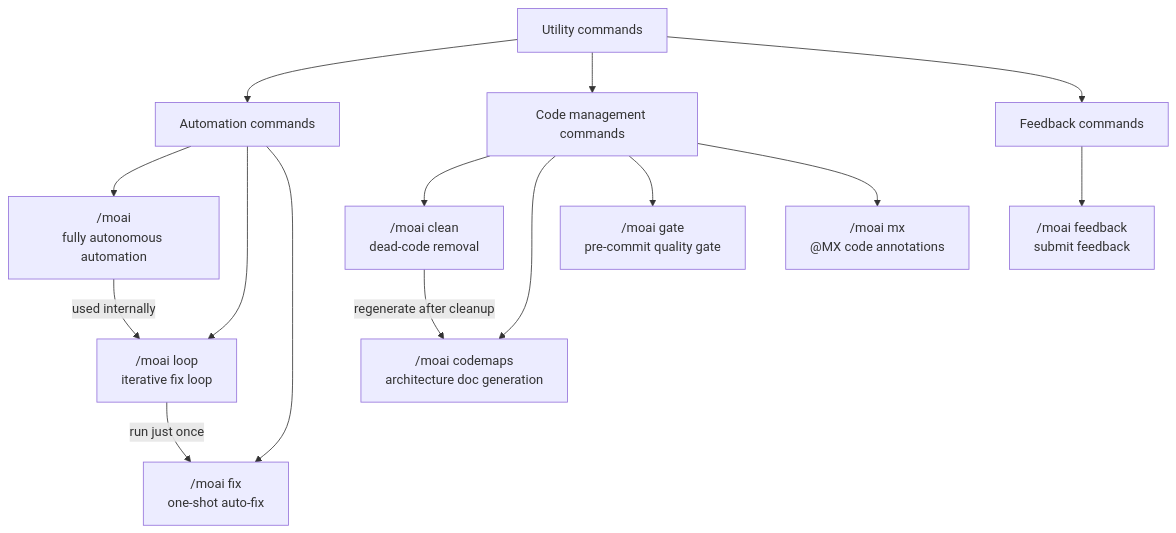
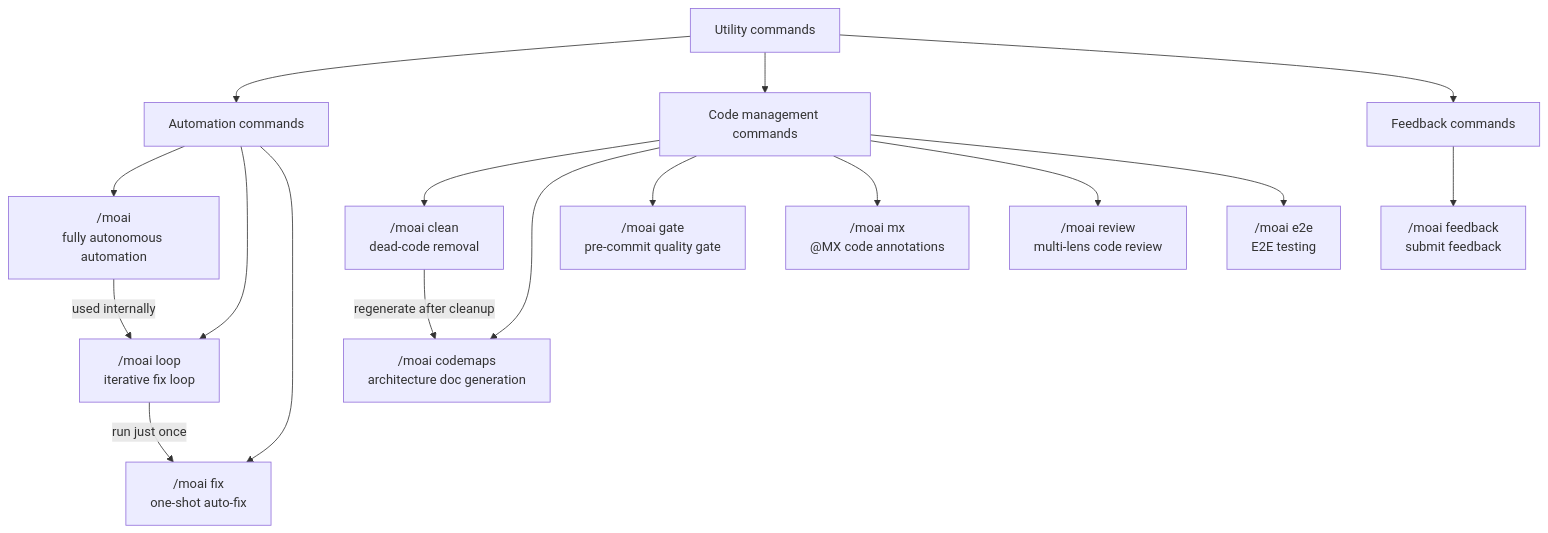
One commit to modu-ai/moai-adk changed the diagram in docs-site/content/en/utility-commands/_index.md. Above: the diagram before and after it, drawn with Mermaid. The commit also changed other lines of this file and 42 other files, not shown here.

````diff
--- a/docs-site/content/en/utility-commands/_index.md
+++ b/docs-site/content/en/utility-commands/_index.md
@@ -34,19 +36,21 @@
 ```mermaid
 flowchart TD
     A[Utility commands] --> B[Automation commands]
     A --> C[Code management commands]
     A --> D[Feedback commands]
 
     B --> E["/moai<br/>fully autonomous automation"]
     B --> F["/moai loop<br/>iterative fix loop"]
     B --> G["/moai fix<br/>one-shot auto-fix"]
     C --> H["/moai clean<br/>dead-code removal"]
     C --> I["/moai codemaps<br/>architecture doc generation"]
     C --> K["/moai gate<br/>pre-commit quality gate"]
     C --> L["/moai mx<br/>@MX code annotations"]
+    C --> M["/moai review<br/>multi-lens code review"]
+    C --> N["/moai e2e<br/>E2E testing"]
     D --> J["/moai feedback<br/>submit feedback"]
 
     E -->|used internally| F
     F -->|run just once| G
     H -->|regenerate after cleanup| I
 ```
````
